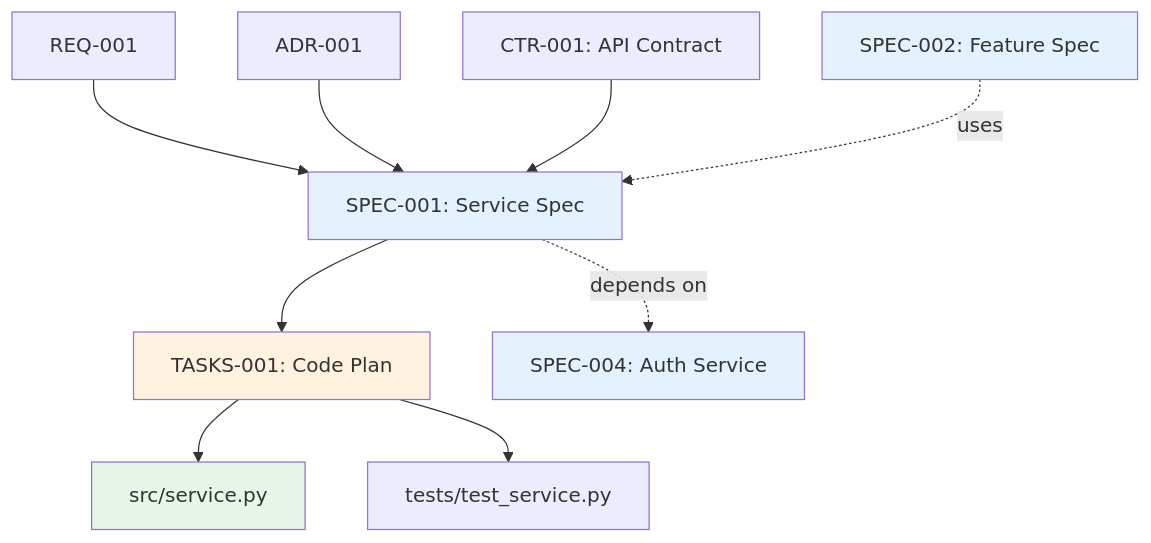
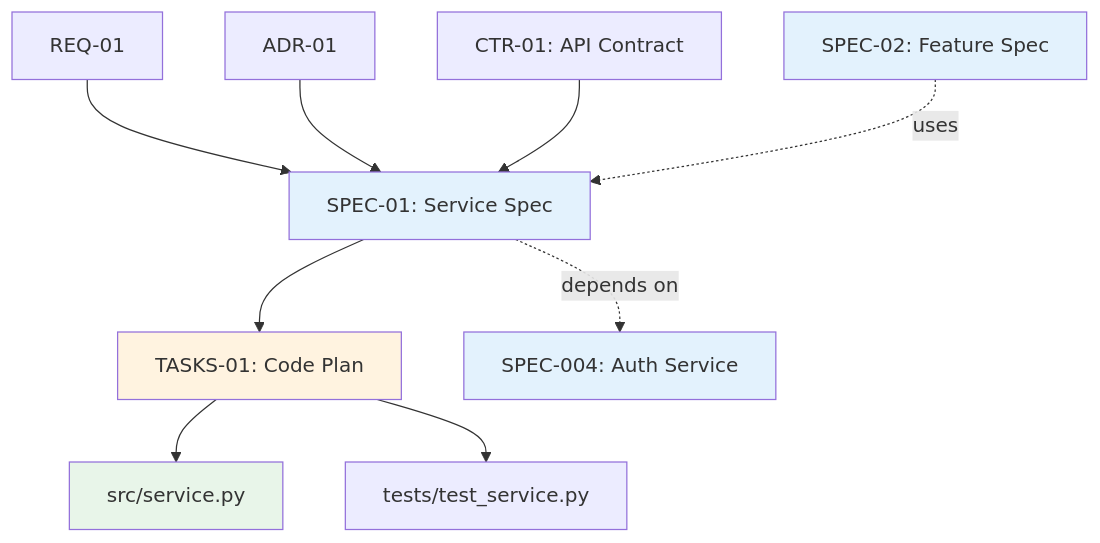
One commit to vladm3105/aidoc-flow-framework changed the diagram in ai_dev_flow/SPEC/SPEC-000_TRACEABILITY_MATRIX-TEMPLATE.md. Above: the diagram before and after it, drawn with Mermaid. The commit also changed other lines of this file and 215 other files, not shown here.

````diff
--- a/ai_dev_flow/SPEC/SPEC-000_TRACEABILITY_MATRIX-TEMPLATE.md
+++ b/ai_dev_flow/SPEC/SPEC-000_TRACEABILITY_MATRIX-TEMPLATE.md
@@ -327,19 +327,19 @@
 ```mermaid
 graph TD
-    REQ001[REQ-001] --> SPEC001[SPEC-001: Service Spec]
-    ADR001[ADR-001] --> SPEC001
-    CTR001[CTR-001: API Contract] --> SPEC001
+    REQ01[REQ-01] --> SPEC01[SPEC-01: Service Spec]
+    ADR001[ADR-01] --> SPEC01
+    CTR01[CTR-01: API Contract] --> SPEC01
 
-    SPEC001 --> TASKS001[TASKS-001: Code Plan]
+    SPEC01 --> TASKS001[TASKS-01: Code Plan]
     TASKS001 --> Code1[src/service.py]
     TASKS001 --> Tests1[tests/test_service.py]
 
-    SPEC001 -.depends on.-> SPEC004[SPEC-004: Auth Service]
-    SPEC002[SPEC-002: Feature Spec] -.uses.-> SPEC001
+    SPEC01 -.depends on.-> SPEC004[SPEC-004: Auth Service]
+    SPEC002[SPEC-02: Feature Spec] -.uses.-> SPEC01
 
-    style SPEC001 fill:#e3f2fd
+    style SPEC01 fill:#e3f2fd
     style SPEC002 fill:#e3f2fd
     style SPEC004 fill:#e3f2fd
     style TASKS001 fill:#fff3e0
     style Code1 fill:#e8f5e9
 ```
````
